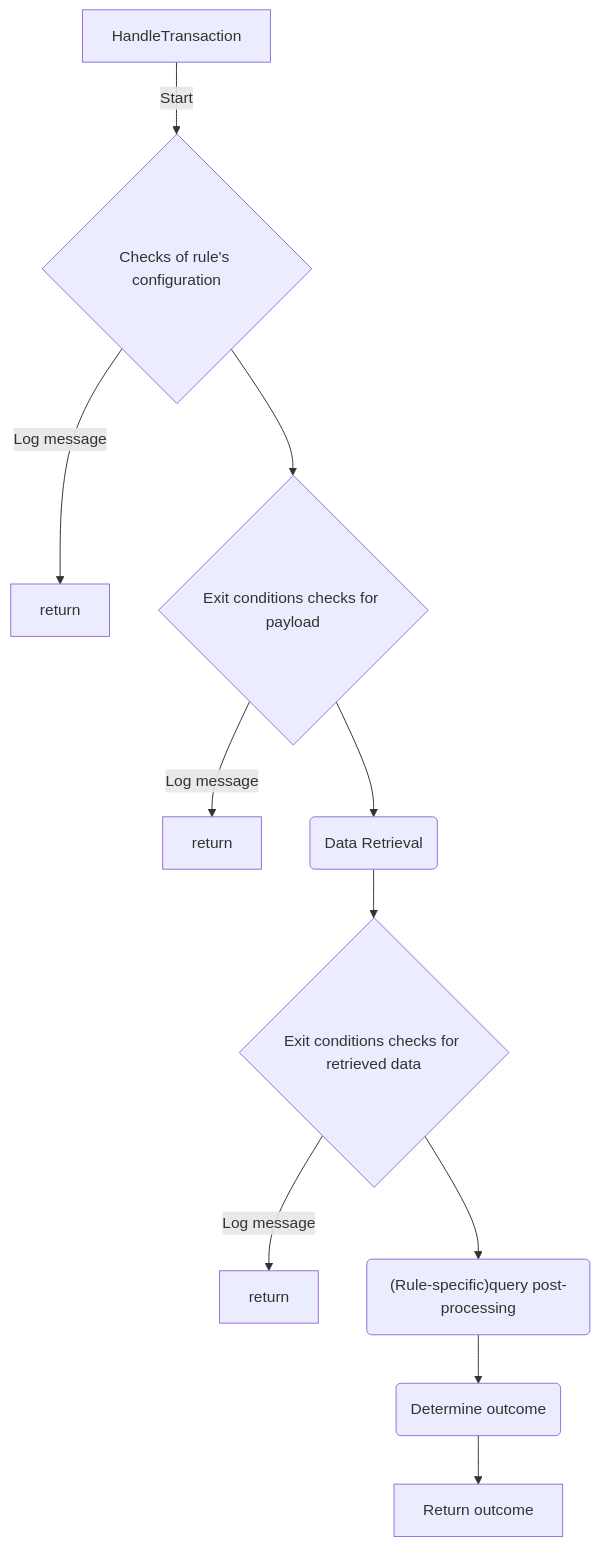
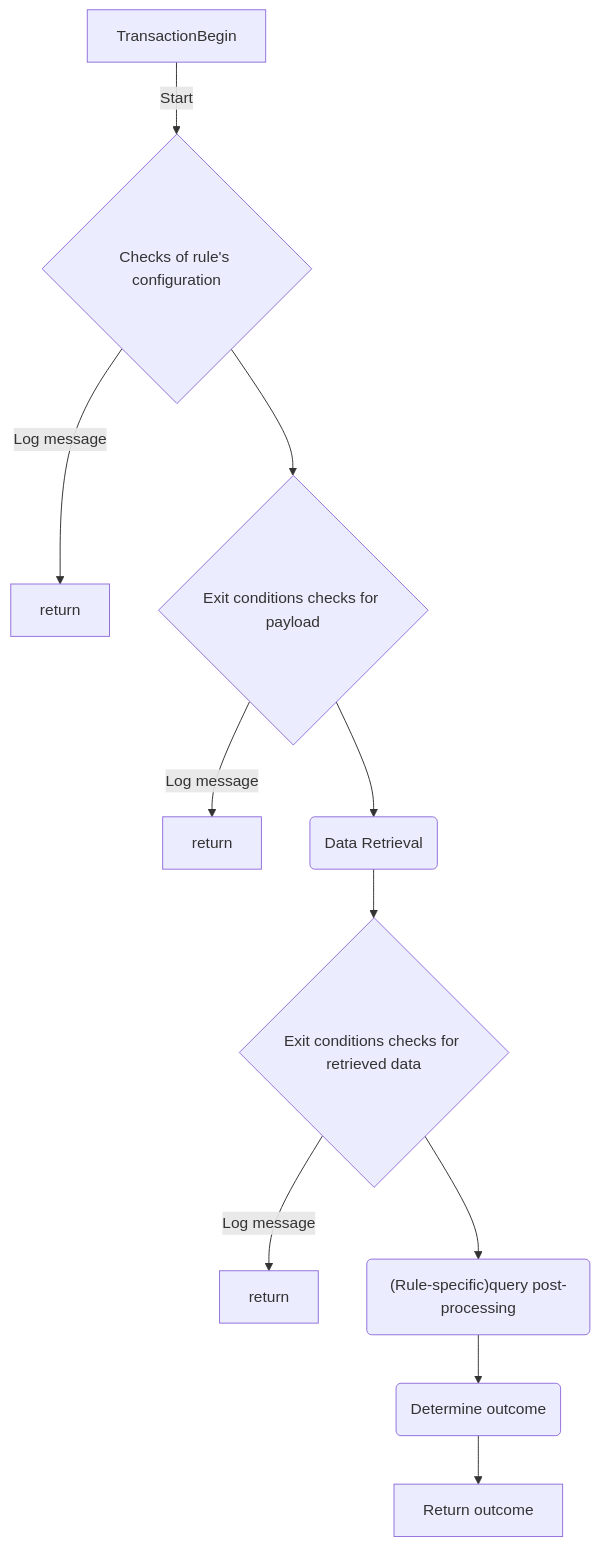
One commit to PaulVZ-AO/tazama changed the diagram in README.md. Above: the diagram before and after it, drawn with Mermaid.

````diff
--- a/README.md
+++ b/README.md
@@ -316,14 +316,14 @@
 ```mermaid
     flowchart TD
-        A[HandleTransaction] --> |Start| B{Checks of rule's configuration}
+        A[TransactionBegin] --> |Start| B{Checks of rule's configuration}
         B --> |Log message| D[return]
         B --> C{Exit conditions checks for payload}
         C --> |Log message| K[return]
         C --> E(Data Retrieval)
         E --> F{Exit conditions checks for retrieved data}
         F --> |Log message| J[return]
         F --> L("(Rule-specific)query post-processing")
         L --> U(Determine outcome)
         U --> Q[Return outcome]    
 
 ```
````
